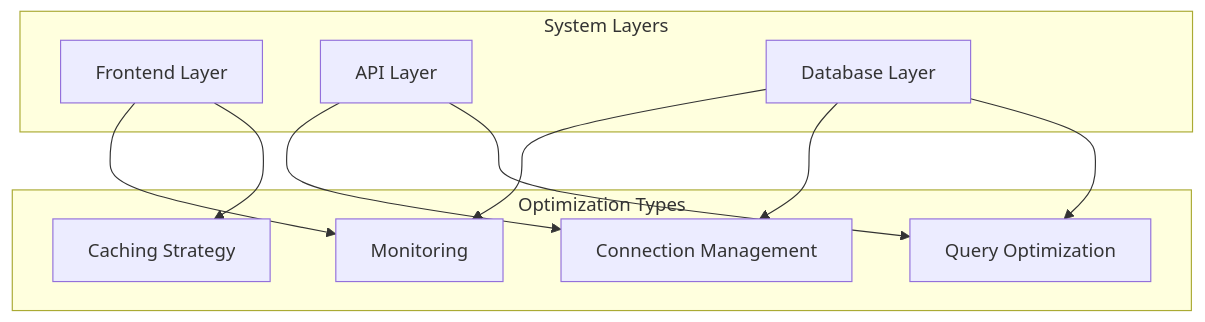
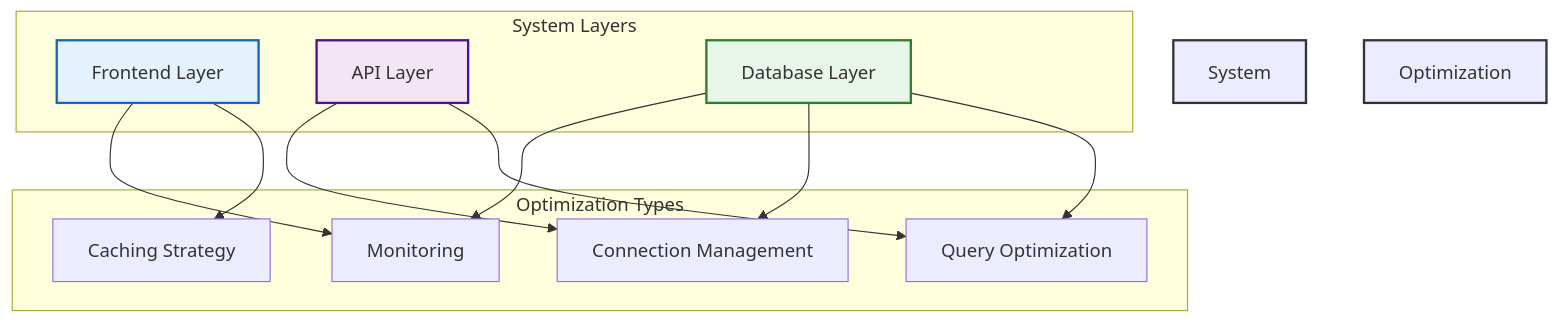
One commit to nessaee/chess-database changed the first of 5 diagrams in docs/optimizations.md. Above: the diagram before and after it, drawn with Mermaid. The commit also changed other lines of this file and 3 other files, not shown here.

````diff
--- a/docs/optimizations.md
+++ b/docs/optimizations.md
@@ -5,23 +6,36 @@
-```mermaid
+<div class="mermaid">
 graph TB
     subgraph "System Layers"
         Frontend["Frontend Layer"]
         API["API Layer"]
         DB["Database Layer"]
     end
     
     subgraph "Optimization Types"
         Cache["Caching Strategy"]
         Query["Query Optimization"]
         Conn["Connection Management"]
         Monitor["Monitoring"]
     end
     
     Frontend --> Cache
     Frontend --> Monitor
     API --> Query
     API --> Conn
     DB --> Query
     DB --> Conn
     DB --> Monitor
-```
+    
+    %% Styling
+    classDef frontend fill:#e3f2fd,stroke:#1565c0,stroke-width:2px;
+    classDef api fill:#f3e5f5,stroke:#4a148c,stroke-width:2px;
+    classDef db fill:#e8f5e9,stroke:#2e7d32,stroke-width:2px;
+    
+    class Frontend frontend;
+    class API api;
+    class DB db;
+    
+    %% Group Styling
+    style System Layers fill:#f5f5f5,stroke:#333,stroke-width:2px;
+    style Optimization Types fill:#f5f5f5,stroke:#333,stroke-width:2px;
+</div>
````
